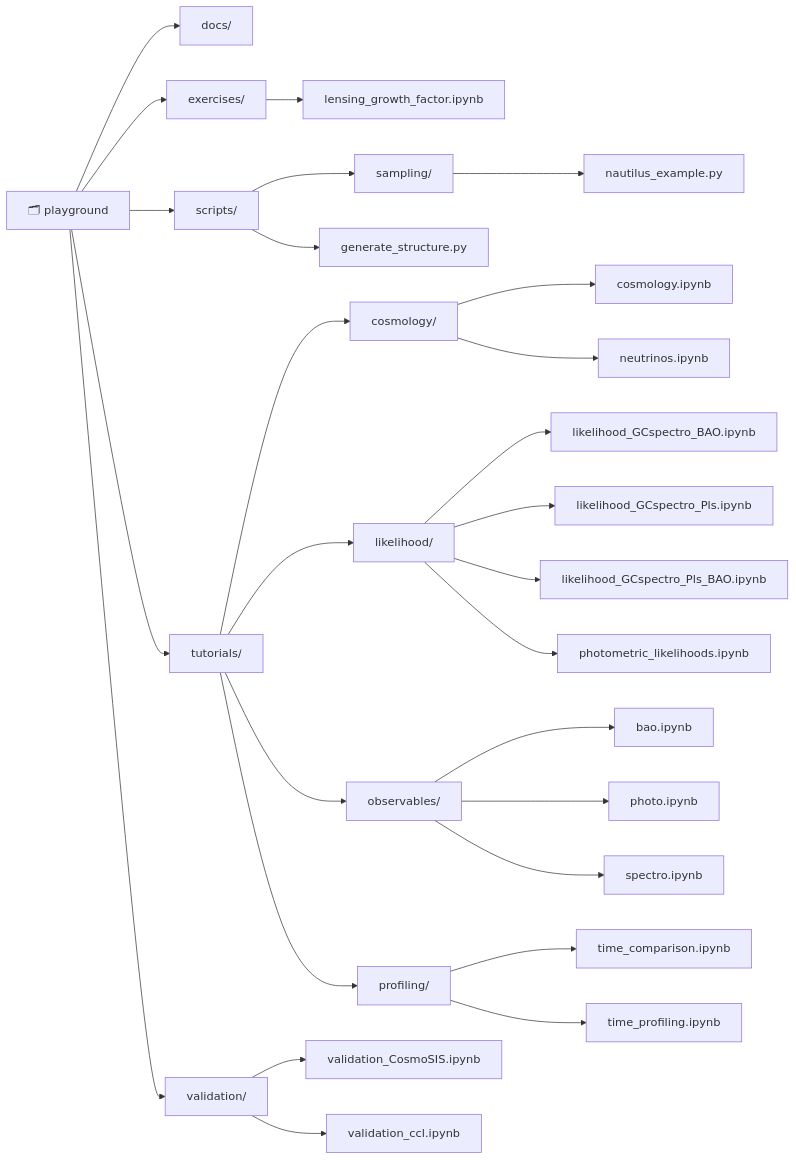
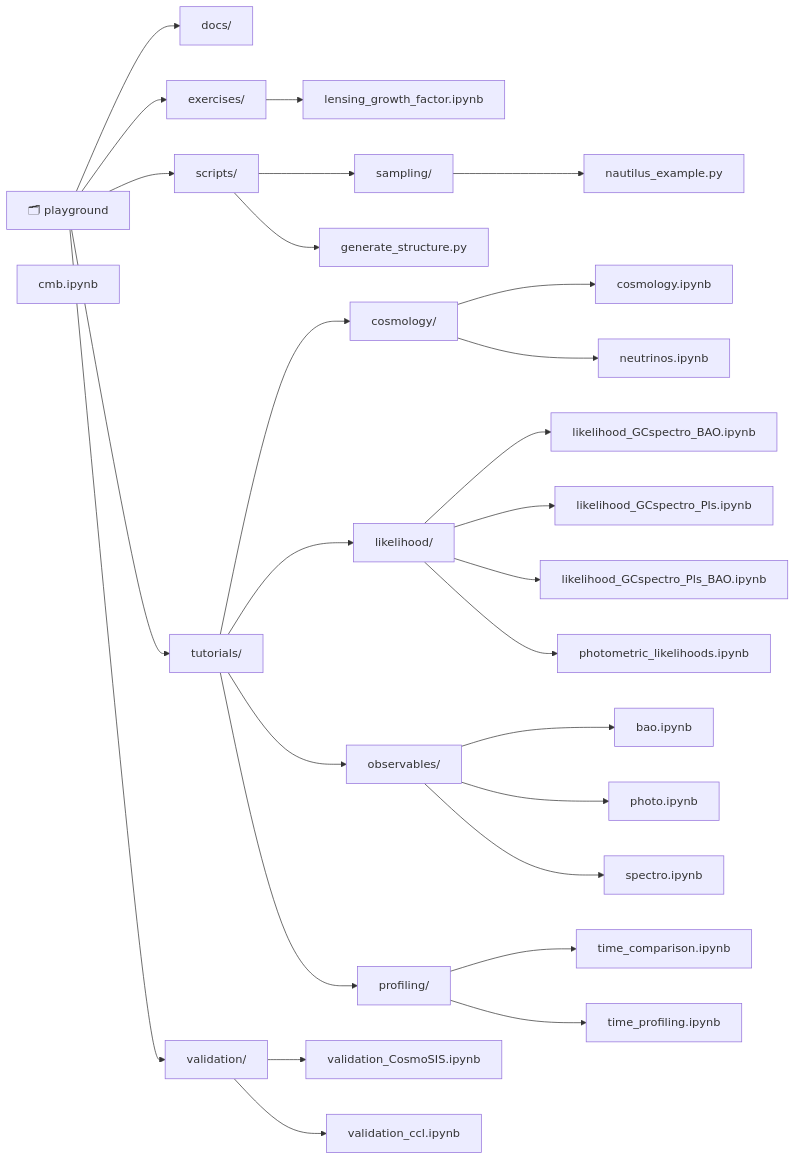
One commit to cloe-org/playground changed the diagram in README.md. Above: the diagram before and after it, drawn with Mermaid. The commit also changed 1 other file, not shown here.

Commit message:
Pulled latest main, updated usage of euclidlib attributes, updated readme.

````diff
--- a/README.md
+++ b/README.md
@@ -42,57 +42,58 @@
 ```mermaid
 graph LR
     root[🗂 playground]
     root__docs[docs/]
     root__exercises[exercises/]
     root__exercises__lensing_growth_factor_ipynb[lensing_growth_factor.ipynb]
     root__scripts[scripts/]
     root__scripts__sampling[sampling/]
     root__scripts__sampling__nautilus_example_py[nautilus_example.py]
     root__scripts__generate_structure_py[generate_structure.py]
     root__tutorials[tutorials/]
     root__tutorials__cosmology[cosmology/]
     root__tutorials__cosmology__cosmology_ipynb[cosmology.ipynb]
     root__tutorials__cosmology__neutrinos_ipynb[neutrinos.ipynb]
     root__tutorials__likelihood[likelihood/]
     root__tutorials__likelihood__likelihood_GCspectro_BAO_ipynb[likelihood_GCspectro_BAO.ipynb]
     root__tutorials__likelihood__likelihood_GCspectro_Pls_ipynb[likelihood_GCspectro_Pls.ipynb]
     root__tutorials__likelihood__likelihood_GCspectro_Pls_BAO_ipynb[likelihood_GCspectro_Pls_BAO.ipynb]
     root__tutorials__likelihood__photometric_likelihoods_ipynb[photometric_likelihoods.ipynb]
     root__tutorials__observables[observables/]
     root__tutorials__observables__bao_ipynb[bao.ipynb]
     root__tutorials__observables__photo_ipynb[photo.ipynb]
     root__tutorials__observables__spectro_ipynb[spectro.ipynb]
+    root__tutorials__observables__cmb_ipynb[cmb.ipynb]
     root__tutorials__profiling[profiling/]
     root__tutorials__profiling__time_comparison_ipynb[time_comparison.ipynb]
     root__tutorials__profiling__time_profiling_ipynb[time_profiling.ipynb]
     root__validation[validation/]
     root__validation__validation_CosmoSIS_ipynb[validation_CosmoSIS.ipynb]
     root__validation__validation_ccl_ipynb[validation_ccl.ipynb]
 
     root --> root__docs
     root --> root__exercises
     root__exercises --> root__exercises__lensing_growth_factor_ipynb
     root --> root__scripts
     root__scripts --> root__scripts__sampling
     root__scripts__sampling --> root__scripts__sampling__nautilus_example_py
     root__scripts --> root__scripts__generate_structure_py
     root --> root__tutorials
     root__tutorials --> root__tutorials__cosmology
     root__tutorials__cosmology --> root__tutorials__cosmology__cosmology_ipynb
     root__tutorials__cosmology --> root__tutorials__cosmology__neutrinos_ipynb
     root__tutorials --> root__tutorials__likelihood
     root__tutorials__likelihood --> root__tutorials__likelihood__likelihood_GCspectro_BAO_ipynb
     root__tutorials__likelihood --> root__tutorials__likelihood__likelihood_GCspectro_Pls_ipynb
     root__tutorials__likelihood --> root__tutorials__likelihood__likelihood_GCspectro_Pls_BAO_ipynb
     root__tutorials__likelihood --> root__tutorials__likelihood__photometric_likelihoods_ipynb
     root__tutorials --> root__tutorials__observables
     root__tutorials__observables --> root__tutorials__observables__bao_ipynb
     root__tutorials__observables --> root__tutorials__observables__photo_ipynb
     root__tutorials__observables --> root__tutorials__observables__spectro_ipynb
     root__tutorials --> root__tutorials__profiling
     root__tutorials__profiling --> root__tutorials__profiling__time_comparison_ipynb
     root__tutorials__profiling --> root__tutorials__profiling__time_profiling_ipynb
     root --> root__validation
     root__validation --> root__validation__validation_CosmoSIS_ipynb
     root__validation --> root__validation__validation_ccl_ipynb
 ```
````
